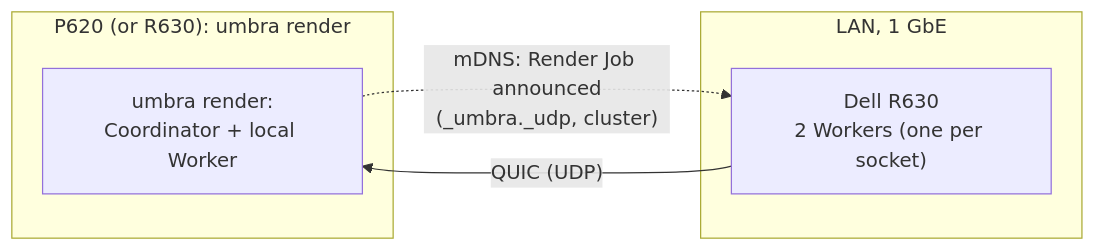
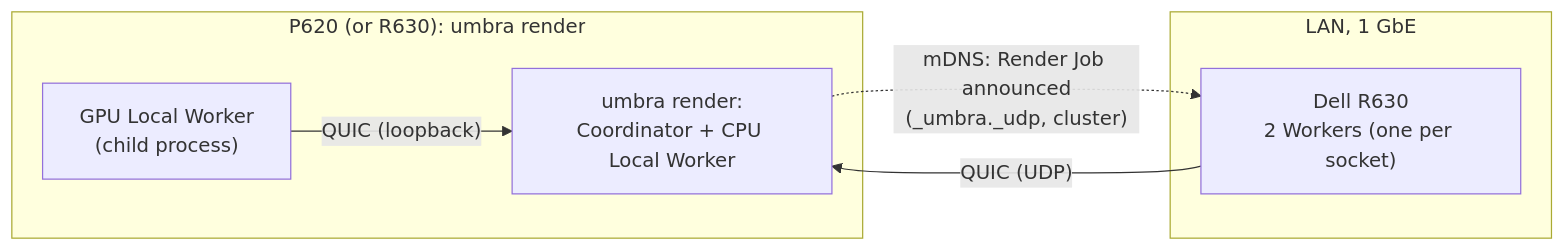
Before and after one commit to sergioffpc/umbra: the diagram in docs/architecture/07-deployment-view.md, drawn with Mermaid. The commit also changed other lines of this file and 24 other files, not shown here.

````diff
--- a/docs/architecture/07-deployment-view.md
+++ b/docs/architecture/07-deployment-view.md
@@ -47,11 +49,13 @@
 ```mermaid
 flowchart LR
     subgraph op["P620 (or R630): umbra render"]
-        coord["umbra render:<br/>Coordinator + local Worker"]
+        coord["umbra render:<br/>Coordinator + CPU Local Worker"]
+        gpuw["GPU Local Worker<br/>(child process)"]
     end
     subgraph lan["LAN, 1 GbE"]
         r630["Dell R630<br/>2 Workers (one per socket)"]
     end
     coord -. "mDNS: Render Job announced<br/>(_umbra._udp, cluster)" .-> r630
     r630 -- "QUIC (UDP)" --> coord
+    gpuw -- "QUIC (loopback)" --> coord
 ```
````
